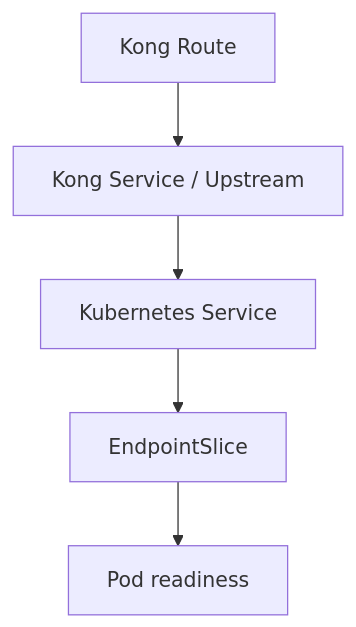
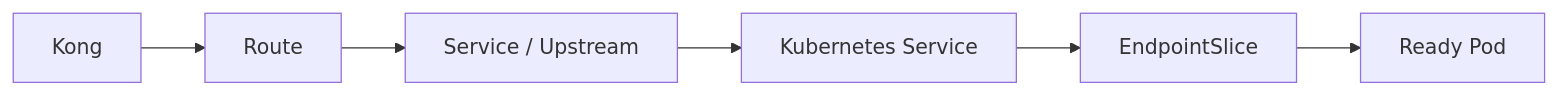
Before and after one commit to merazsheikh/kong-kubernetes-lab: the ninth of 12 diagrams in README.md, drawn with Mermaid. The commit also changed other lines of this file, not shown here.

````diff
--- a/README.md
+++ b/README.md
@@ -334,7 +784,15 @@
 ```mermaid
-flowchart TD
-    Route[Kong Route] --> Upstream[Kong Service / Upstream]
-    Upstream --> K8s[Kubernetes Service]
-    K8s --> EP[EndpointSlice]
-    EP --> Pod[Pod readiness]
+flowchart LR
+    Kong["Kong"]
+    Route["Route"]
+    Upstream["Service / Upstream"]
+    K8s["Kubernetes Service"]
+    EP["EndpointSlice"]
+    Pod["Ready Pod"]
+
+    Kong --> Route
+    Route --> Upstream
+    Upstream --> K8s
+    K8s --> EP
+    EP --> Pod
 ```
````
